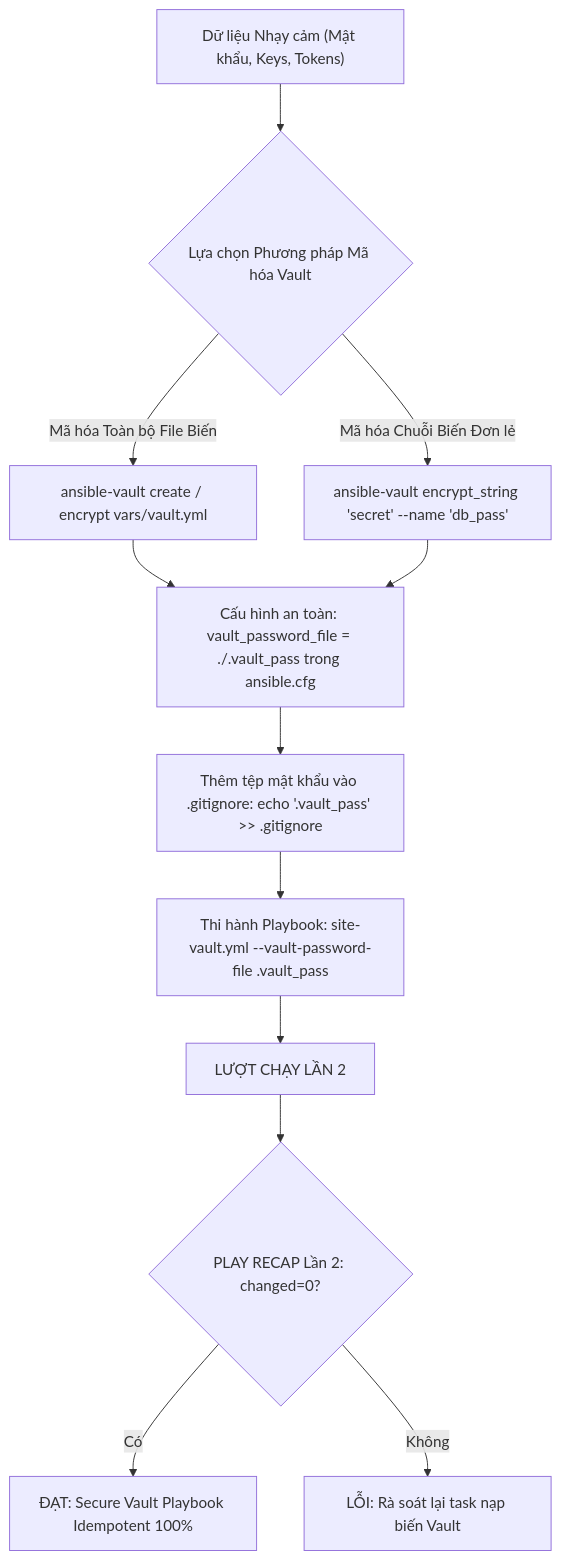
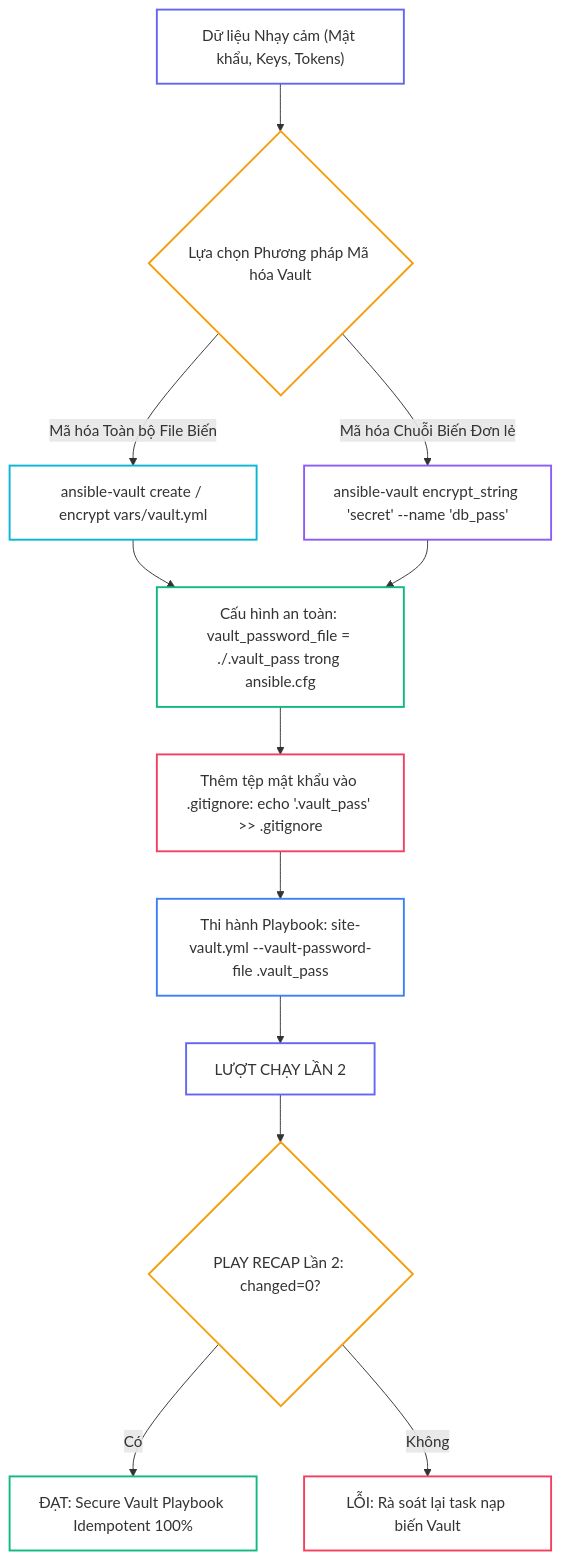
One commit to kiennt308/ntk changed the second of 3 diagrams in _posts/2026-09-13-ansible-20-20-ansible-vault.md. Above: the diagram before and after it, drawn with Mermaid. The commit also changed other lines of this file and 30 other files, not shown here.

````diff
--- a/_posts/2026-09-13-ansible-20-20-ansible-vault.md
+++ b/_posts/2026-09-13-ansible-20-20-ansible-vault.md
@@ -318,19 +327,31 @@
 ```mermaid
 flowchart TD
     A["Dữ liệu Nhạy cảm (Mật khẩu, Keys, Tokens)"] --> B{"Lựa chọn Phương pháp Mã hóa Vault"}
     
     B -->|"Mã hóa Toàn bộ File Biến"| C["ansible-vault create / encrypt vars/vault.yml"]
     B -->|"Mã hóa Chuỗi Biến Đơn lẻ"| D["ansible-vault encrypt_string 'secret' --name 'db_pass'"]
     
     C --> E["Cấu hình an toàn: vault_password_file = ./.vault_pass trong ansible.cfg"]
     D --> E
     
     E --> F["Thêm tệp mật khẩu vào .gitignore: echo '.vault_pass' >> .gitignore"]
     F --> G["Thi hành Playbook: site-vault.yml --vault-password-file .vault_pass"]
     
     G --> H["LƯỢT CHẠY LẦN 2"]
     H --> I{"PLAY RECAP Lần 2: changed=0?"}
     
-    I -- Có --> J["ĐẠT: Secure Vault Playbook Idempotent 100%"]
-    I -- Không --> K["LỖI: Rà soát lại task nạp biến Vault"]
+    I -->|"Có"| J["ĐẠT: Secure Vault Playbook Idempotent 100%"]
+    I -->|"Không"| K["LỖI: Rà soát lại task nạp biến Vault"]
+
+    style A fill:none,stroke:#6366f1,stroke-width:2px
+    style B fill:none,stroke:#f59e0b,stroke-width:2px
+    style C fill:none,stroke:#06b6d4,stroke-width:2px
+    style D fill:none,stroke:#8b5cf6,stroke-width:2px
+    style E fill:none,stroke:#10b981,stroke-width:2px
+    style F fill:none,stroke:#f43f5e,stroke-width:2px
+    style G fill:none,stroke:#3b82f6,stroke-width:2px
+    style H fill:none,stroke:#6366f1,stroke-width:2px
+    style I fill:none,stroke:#f59e0b,stroke-width:2px
+    style J fill:none,stroke:#10b981,stroke-width:2px
+    style K fill:none,stroke:#f43f5e,stroke-width:2px
 ```
````
